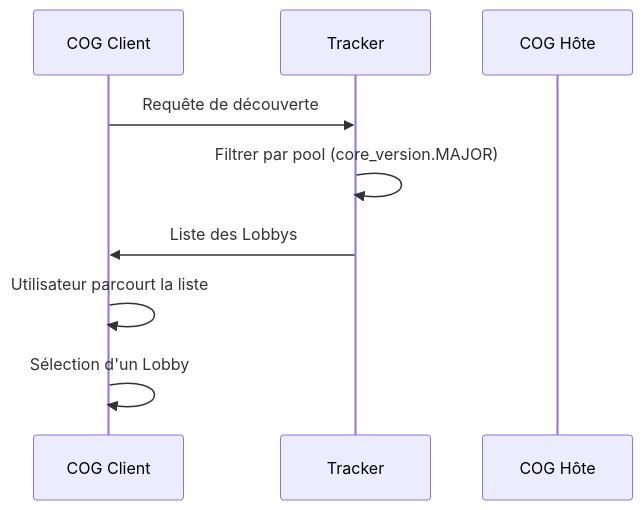
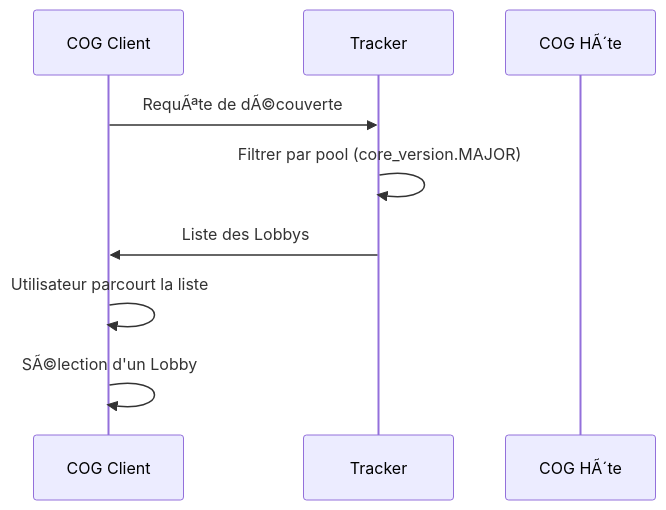
One commit to StudioMiyukini/miyukini_cog changed the third of 5 diagrams in docs/miyukini-webway-system/lobbys/MWS - Lobbys Favoris et Amis.md. Above: the diagram before and after it, drawn with Mermaid. The commit also changed other lines of this file and 1287 other files, not shown here.

````diff
--- a/docs/miyukini-webway-system/lobbys/MWS - Lobbys Favoris et Amis.md
+++ b/docs/miyukini-webway-system/lobbys/MWS - Lobbys Favoris et Amis.md
@@ -167,12 +167,12 @@
 ```mermaid
 sequenceDiagram
     participant Client as COG Client
     participant T as Tracker
-    participant Host as COG Hôte
+    participant Host as COG HÃ´te
 
-    Client->>T: Requête de découverte
+    Client->>T: RequÃªte de dÃ©couverte
     T->>T: Filtrer par pool (core_version.MAJOR)
     T->>Client: Liste des Lobbys
     Client->>Client: Utilisateur parcourt la liste
-    Client->>Client: Sélection d'un Lobby
+    Client->>Client: SÃ©lection d'un Lobby
 ```
````
